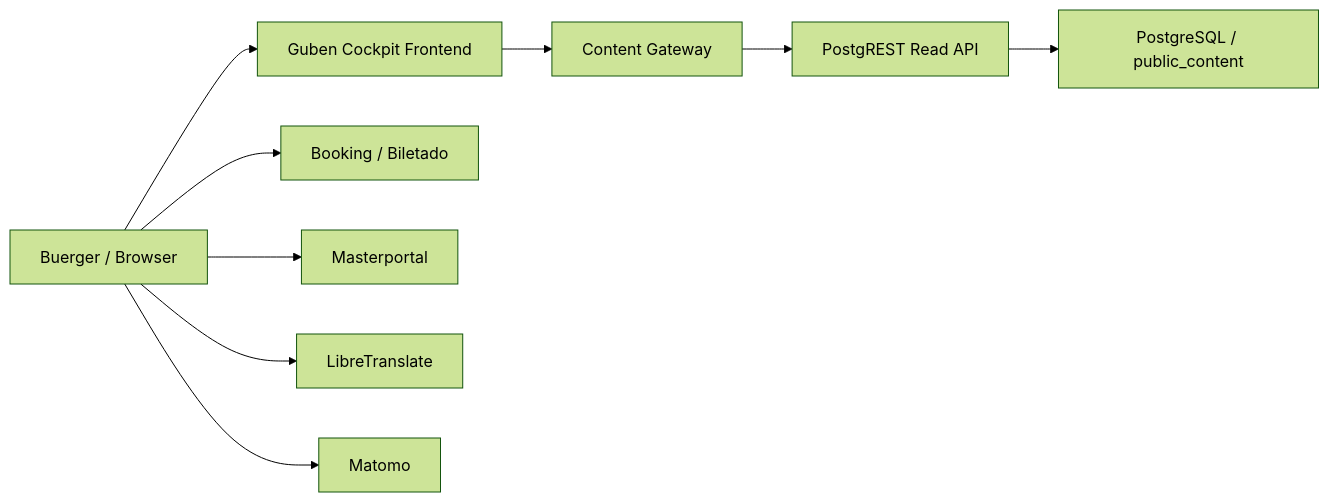
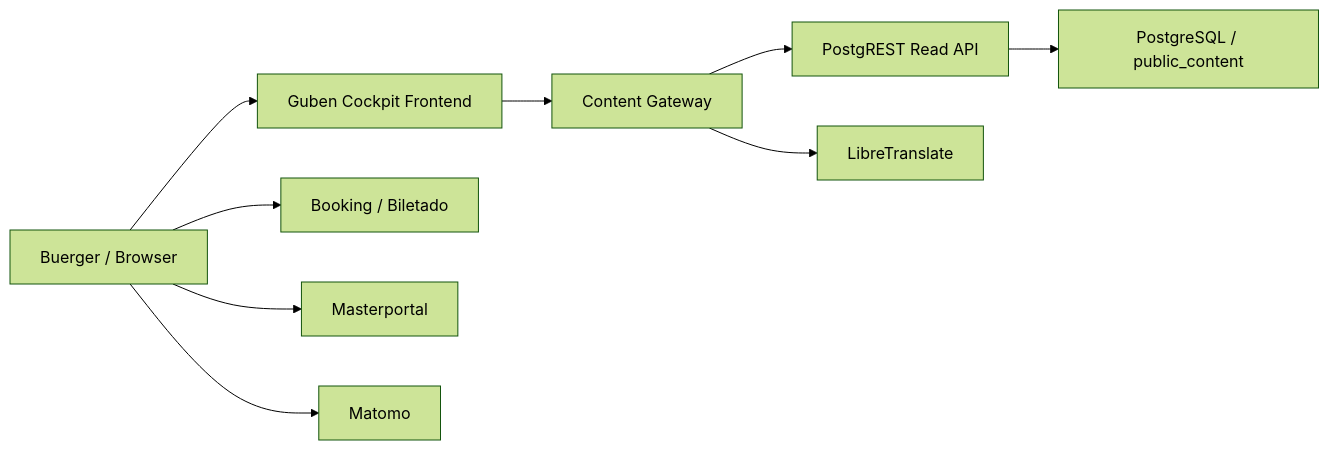
The first of 5 diagrams in docs/arc42.md (smart-village-solutions/guben-cockpit-old), drawn with Mermaid (forest theme) before and after one commit. The commit also changed other lines of this file and 20 other files, not shown here.

````diff
--- a/docs/arc42.md
+++ b/docs/arc42.md
@@ -70,12 +70,12 @@
 ```mermaid
 flowchart LR
   Citizen["Buerger / Browser"] --> Frontend["Guben Cockpit Frontend"]
   Frontend --> Gateway["Content Gateway"]
   Gateway --> PostgREST["PostgREST Read API"]
   PostgREST --> DB["PostgreSQL / public_content"]
 
   Citizen --> Booking["Booking / Biletado"]
   Citizen --> Masterportal["Masterportal"]
-  Citizen --> Translate["LibreTranslate"]
+  Gateway --> Translate["LibreTranslate"]
   Citizen --> Matomo["Matomo"]
 ```
````
